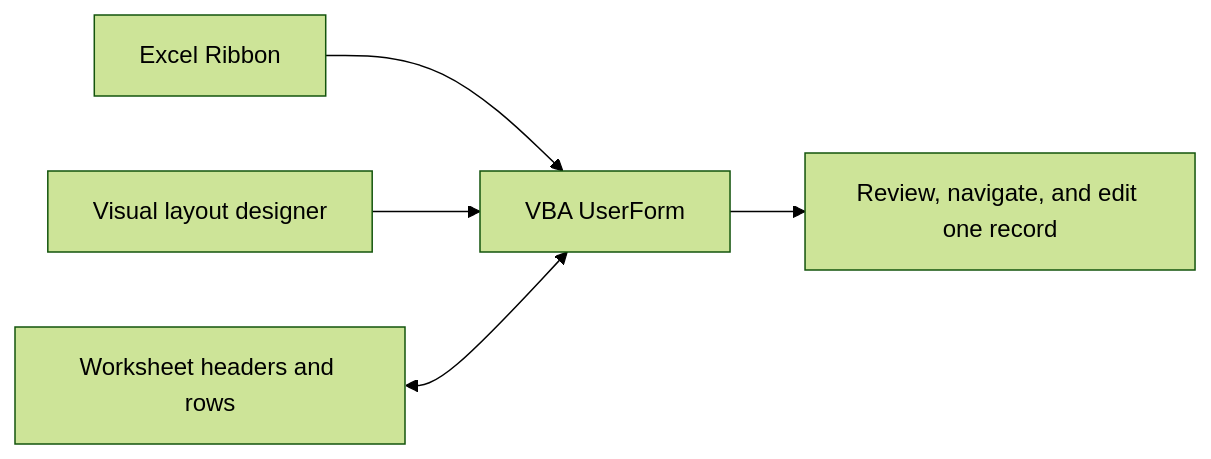
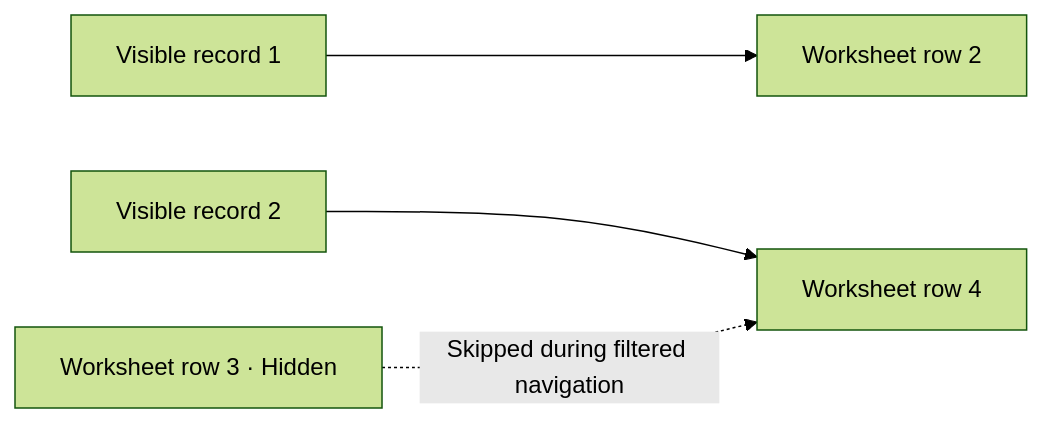
One commit to nastajus/EasyForm changed the second of 2 diagrams in README.md. Above: the diagram before and after it, drawn with Mermaid (forest theme). The commit also changed other lines of this file, not shown here.

````diff
--- a/README.md
+++ b/README.md
@@ -25,7 +75,7 @@
 ```mermaid
 flowchart LR
-    Ribbon["Excel Ribbon"] --> Form["VBA UserForm"]
-    Designer["Visual layout designer"] --> Form
-    Worksheet["Worksheet headers and rows"] <--> Form
-    Form --> Review["Review, navigate, and edit one record"]
+    A["Visible record 1"] --> B["Worksheet row 2"]
+    C["Visible record 2"] --> D["Worksheet row 4"]
+    E["Worksheet row 3 · Hidden"]
+    E -. "Skipped during filtered navigation" .-> D
 ```
````
